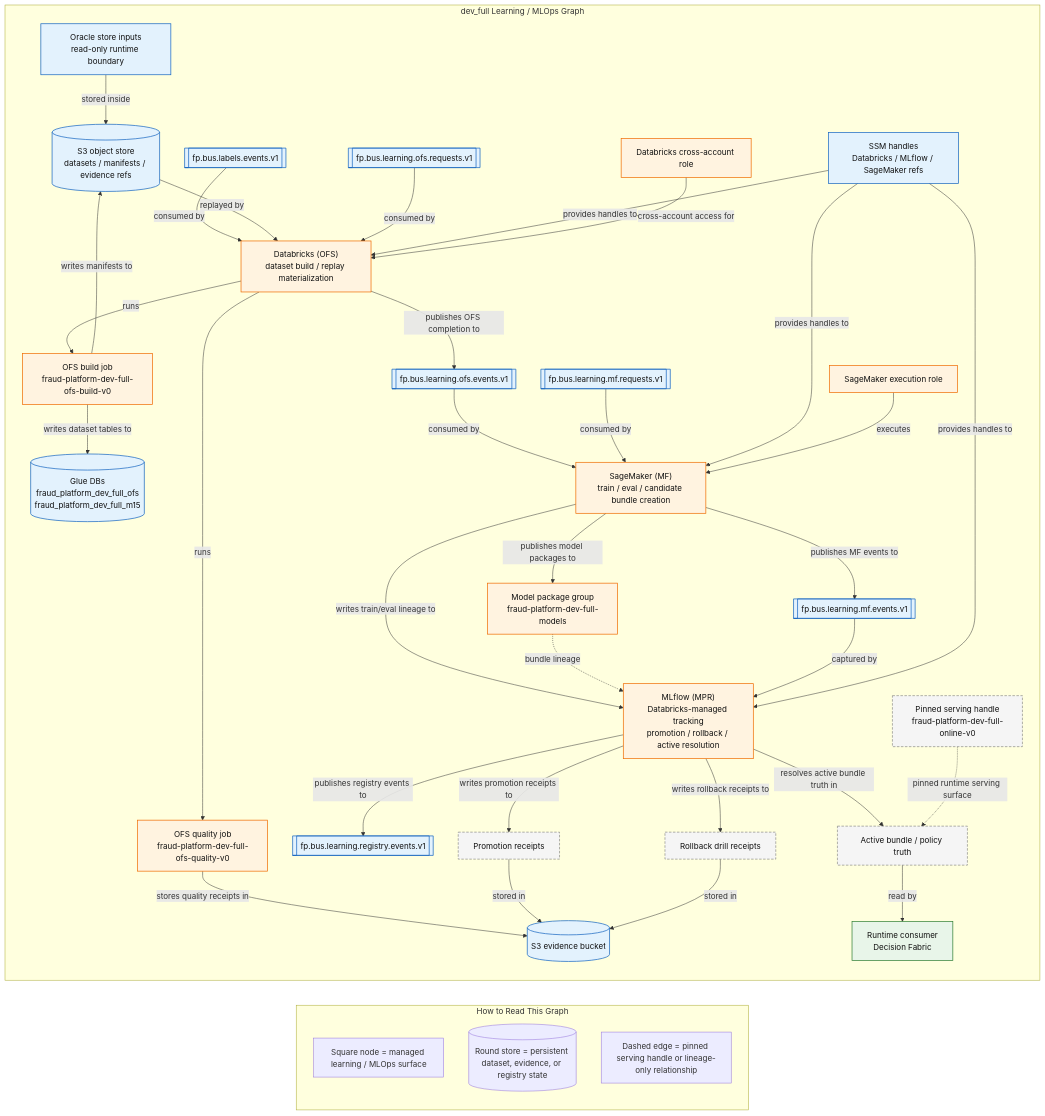
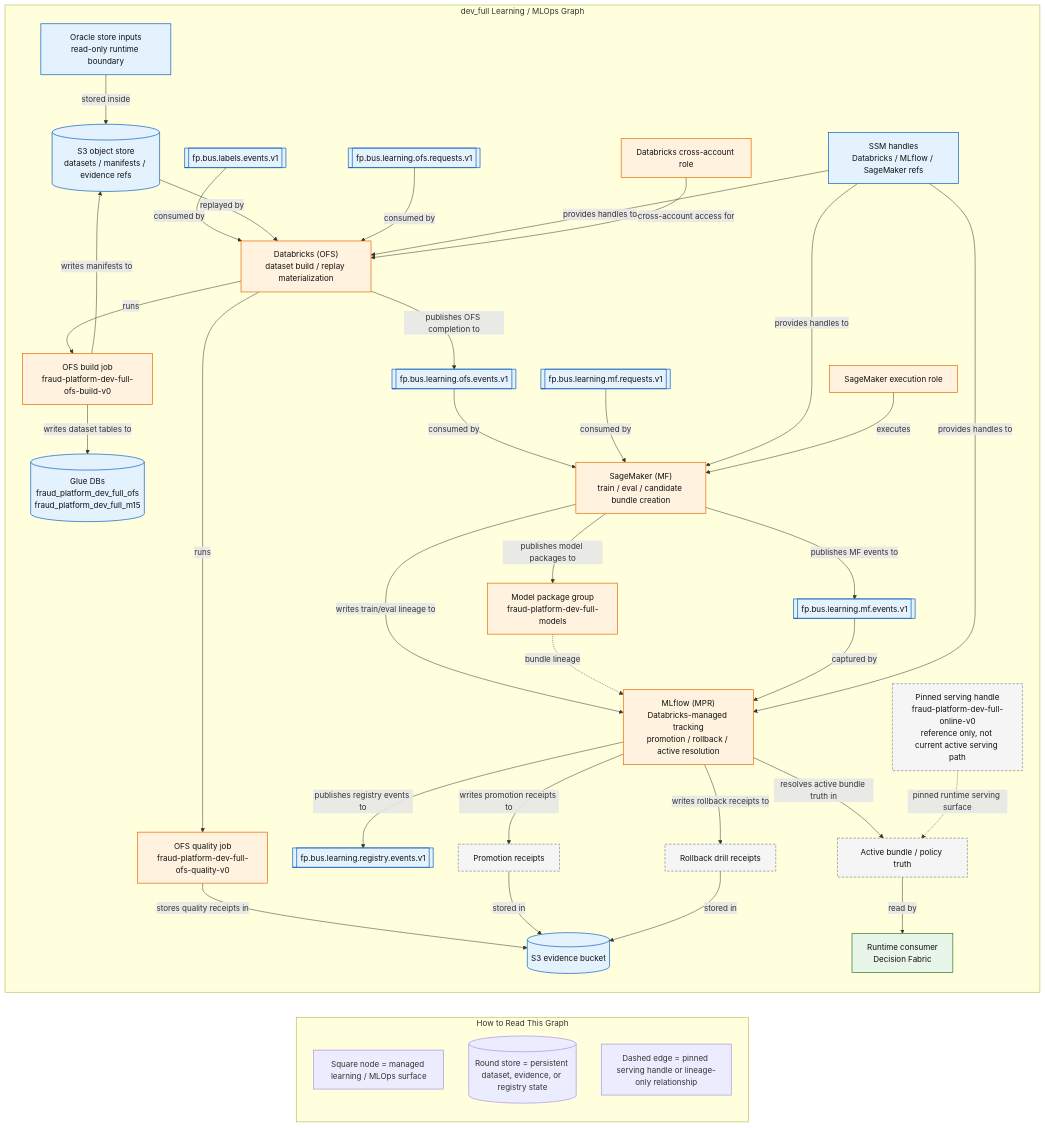
The diagram in docs/design/platform/dev_full/graph/dev_full_platform_learning_mlops_current_v0.mermaid.mmd (EsosaOrumwese/fraud-detection-system), drawn with Mermaid before and after one commit. The commit also changed 10 other files, not shown here.

Commit message:
Clarify graph labels across dev_full set: specify retained surfaces and handle-only resources for Managed Flink, SageMaker, Redis, and MWAA IAM role; rerender affected PNGs.

```diff
--- a/docs/design/platform/dev_full/graph/dev_full_platform_learning_mlops_current_v0.mermaid.mmd
+++ b/docs/design/platform/dev_full/graph/dev_full_platform_learning_mlops_current_v0.mermaid.mmd
@@ -1,83 +1,83 @@
 ---
 config:
   layout: dagre
   theme: default
 ---
 flowchart LR
 
   subgraph LEGEND["How to Read This Graph"]
     LG1["Square node = managed learning / MLOps surface"]
     LG2[("Round store = persistent dataset, evidence, or registry state")]
     LG3["Dashed edge = pinned serving handle or lineage-only relationship"]
   end
 
   subgraph LEARN["dev_full Learning / MLOps Graph"]
     ORACLE["Oracle store inputs<br>read-only runtime boundary"]
     OBJ[("S3 object store<br>datasets / manifests / evidence refs")]
     TLABELS[["fp.bus.labels.events.v1"]]
     TOFSREQ[["fp.bus.learning.ofs.requests.v1"]]
     TOFSEVT[["fp.bus.learning.ofs.events.v1"]]
     TMFREQ[["fp.bus.learning.mf.requests.v1"]]
     TMFEVT[["fp.bus.learning.mf.events.v1"]]
     TREG[["fp.bus.learning.registry.events.v1"]]
 
     DBX["Databricks (OFS)<br>dataset build / replay materialization"]
     DBXBUILD["OFS build job<br>fraud-platform-dev-full-ofs-build-v0"]
     DBXQUAL["OFS quality job<br>fraud-platform-dev-full-ofs-quality-v0"]
     GLUEDB[("Glue DBs<br>fraud_platform_dev_full_ofs<br>fraud_platform_dev_full_m15")]
 
     SM["SageMaker (MF)<br>train / eval / candidate bundle creation"]
     MLFLOW["MLflow (MPR)<br>Databricks-managed tracking<br>promotion / rollback / active resolution"]
     SMPKG["Model package group<br>fraud-platform-dev-full-models"]
-    SMENDPT["Pinned serving handle<br>fraud-platform-dev-full-online-v0"]
+    SMENDPT["Pinned serving handle<br>fraud-platform-dev-full-online-v0<br>reference only, not current active serving path"]
 
     REGACTIVE["Active bundle / policy truth"]
     DF["Runtime consumer<br>Decision Fabric"]
 
     EVID[("S3 evidence bucket")]
     PROMO["Promotion receipts"]
     ROLLBACK["Rollback drill receipts"]
     SSM["SSM handles<br>Databricks / MLflow / SageMaker refs"]
     ROLEDBX["Databricks cross-account role"]
     ROLESM["SageMaker execution role"]
   end
 
   ORACLE -->|stored inside| OBJ
   TLABELS -->|consumed by| DBX
   OBJ -->|replayed by| DBX
   TOFSREQ -->|consumed by| DBX
   DBX -->|runs| DBXBUILD
   DBX -->|runs| DBXQUAL
   DBXBUILD -->|writes dataset tables to| GLUEDB
   DBXBUILD -->|writes manifests to| OBJ
   DBXQUAL -->|stores quality receipts in| EVID
   DBX -->|publishes OFS completion to| TOFSEVT
   TOFSEVT -->|consumed by| SM
   TMFREQ -->|consumed by| SM
   SM -->|writes train/eval lineage to| MLFLOW
   SM -->|publishes MF events to| TMFEVT
   SM -->|publishes model packages to| SMPKG
   SMPKG -. bundle lineage .-> MLFLOW
   TMFEVT -->|captured by| MLFLOW
   MLFLOW -->|publishes registry events to| TREG
   MLFLOW -->|writes promotion receipts to| PROMO
   MLFLOW -->|writes rollback receipts to| ROLLBACK
   MLFLOW -->|resolves active bundle truth in| REGACTIVE
   SMENDPT -. pinned runtime serving surface .-> REGACTIVE
   REGACTIVE -->|read by| DF
   PROMO -->|stored in| EVID
   ROLLBACK -->|stored in| EVID
   SSM -->|provides handles to| DBX
   SSM -->|provides handles to| MLFLOW
   SSM -->|provides handles to| SM
   ROLEDBX -->|cross-account access for| DBX
   ROLESM -->|executes| SM
 
   classDef live fill:#e8f5e9,stroke:#2e7d32,color:#111,stroke-width:1.4px;
   classDef store fill:#e3f2fd,stroke:#1565c0,color:#111,stroke-width:1.4px;
   classDef managed fill:#fff3e0,stroke:#ef6c00,color:#111,stroke-width:1.4px;
   classDef retained fill:#f5f5f5,stroke:#616161,color:#111,stroke-dasharray: 5 3;
   class DF live;
   class ORACLE,OBJ,GLUEDB,EVID,SSM,TOFSREQ,TOFSEVT,TMFREQ,TMFEVT,TREG,TLABELS store;
   class DBX,SM,MLFLOW,DBXBUILD,DBXQUAL,SMPKG,ROLEDBX,ROLESM managed;
   class SMENDPT,REGACTIVE,PROMO,ROLLBACK retained;
```
